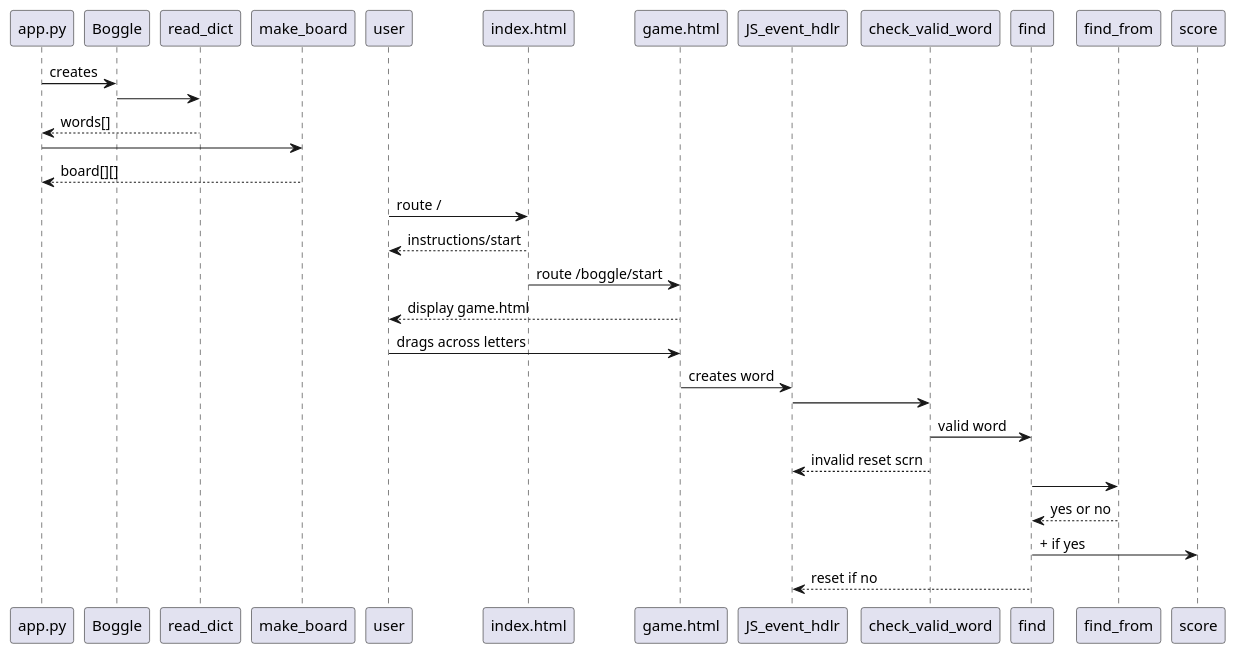
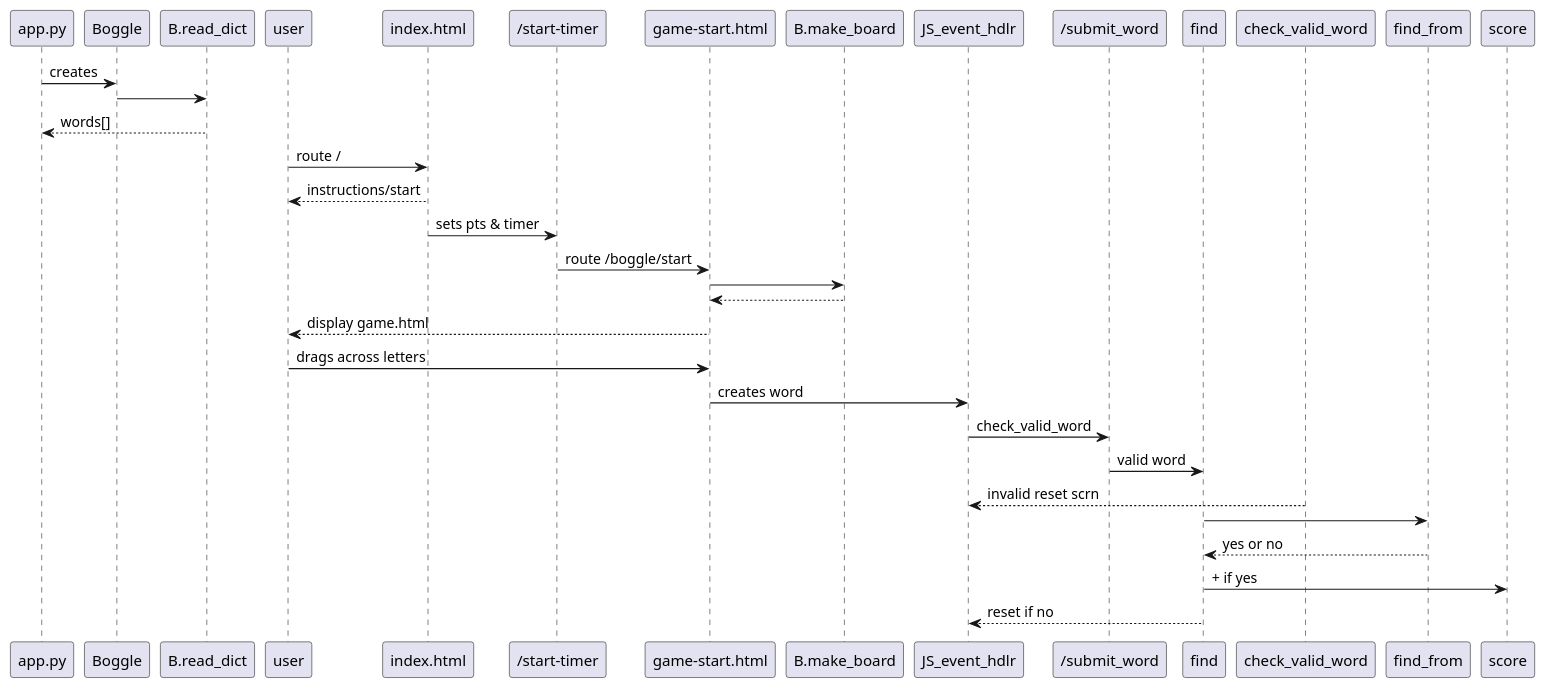
Before and after one commit to Larry-Volz/Boggle: the diagram in UML diagrams/seq_diagram.puml, drawn with PlantUML. The commit also changed 6 other files, not shown here.

```diff
--- a/UML diagrams/seq_diagram.puml
+++ b/UML diagrams/seq_diagram.puml
@@ -1,34 +1,36 @@
 @startuml
 ' control app.py
 ' entity Boggle
 ' control make_board
 ' user as participant
 ' boundary index.html
 ' database words
 ' boundary board.html
 ' entity board
 ' control read_dict
 ' control check_valid_word
 ' control find_from 
 ' control find
 
 app.py -> Boggle : creates
-Boggle -> read_dict 
-read_dict --> app.py:words[]
-app.py -> make_board
-app.py <-- make_board :board[][]
+Boggle -> B.read_dict 
+B.read_dict --> app.py:words[]
+' app.py <-- make_board :board[][]
 user -> index.html: route /
 user <-- index.html: instructions/start
-index.html -> game.html: route /boggle/start
-user <-- game.html: display game.html
-user -> game.html: drags across letters
-game.html -> JS_event_hdlr: creates word
-JS_event_hdlr -> check_valid_word
-check_valid_word -> find: valid word
+index.html -> "/start-timer": sets pts & timer
+"/start-timer" -> "game-start.html": route /boggle/start
+"game-start.html" -> B.make_board
+B.make_board --> "game-start.html"
+user <-- "game-start.html": display game.html
+user -> "game-start.html": drags across letters
+"game-start.html" -> JS_event_hdlr: creates word
+JS_event_hdlr -> "/submit_word" : check_valid_word
+"/submit_word"-> find: valid word
 check_valid_word -->JS_event_hdlr:invalid reset scrn
 find -> find_from
 find_from --> find :yes or no
 find -> score:+ if yes
 find --> JS_event_hdlr:reset if no
 
 @enduml
```
